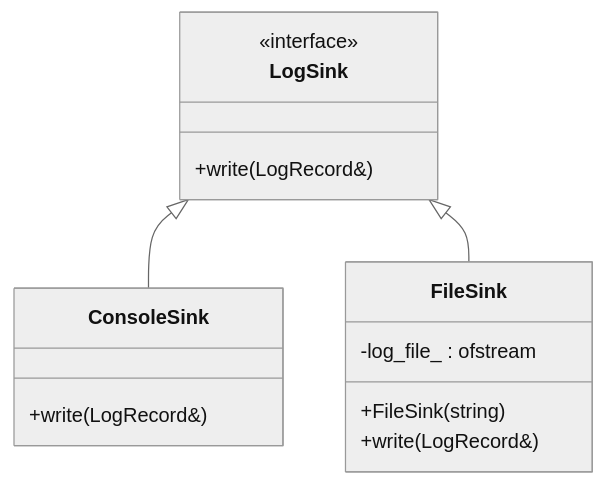
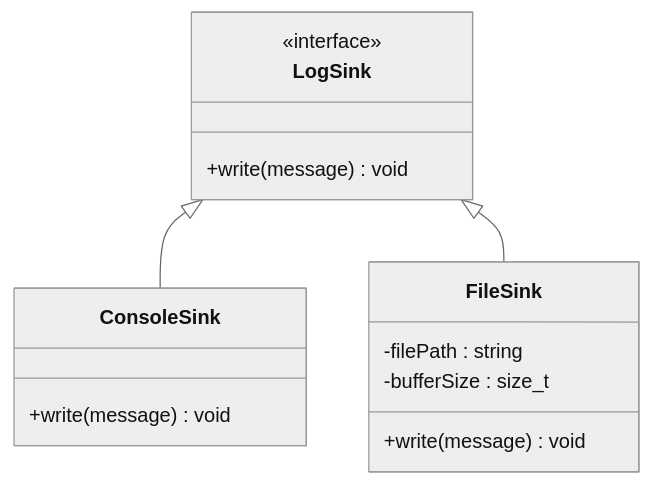
The fourth of 7 diagrams in .qoder/repowiki/zh/content/日志系统.md (Lukad77/awr1843-radar-toolkit), drawn with Mermaid (neutral theme) before and after one commit. The commit also changed other lines of this file and 106 other files, not shown here.

````diff
--- a/.qoder/repowiki/zh/content/日志系统.md
+++ b/.qoder/repowiki/zh/content/日志系统.md
@@ -146,17 +150,17 @@
 ```mermaid
 classDiagram
 class LogSink {
 <<interface>>
-+write(LogRecord&)
++write(message) void
 }
 class ConsoleSink {
-+write(LogRecord&)
++write(message) void
 }
 class FileSink {
-+FileSink(string)
-+write(LogRecord&)
--log_file_ : ofstream
++write(message) void
+-filePath : string
+-bufferSize : size_t
 }
 LogSink <|-- ConsoleSink
 LogSink <|-- FileSink
 ```
````
